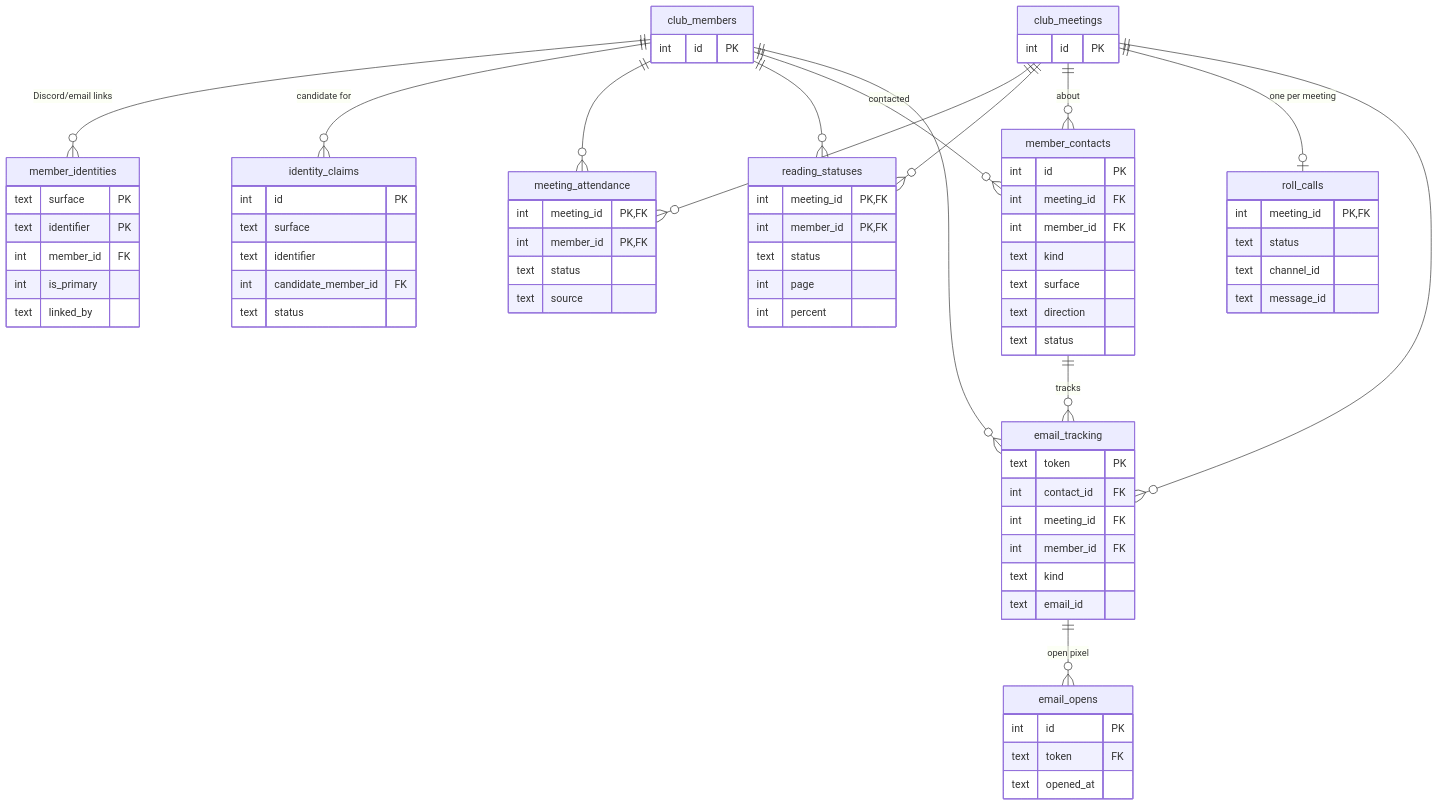
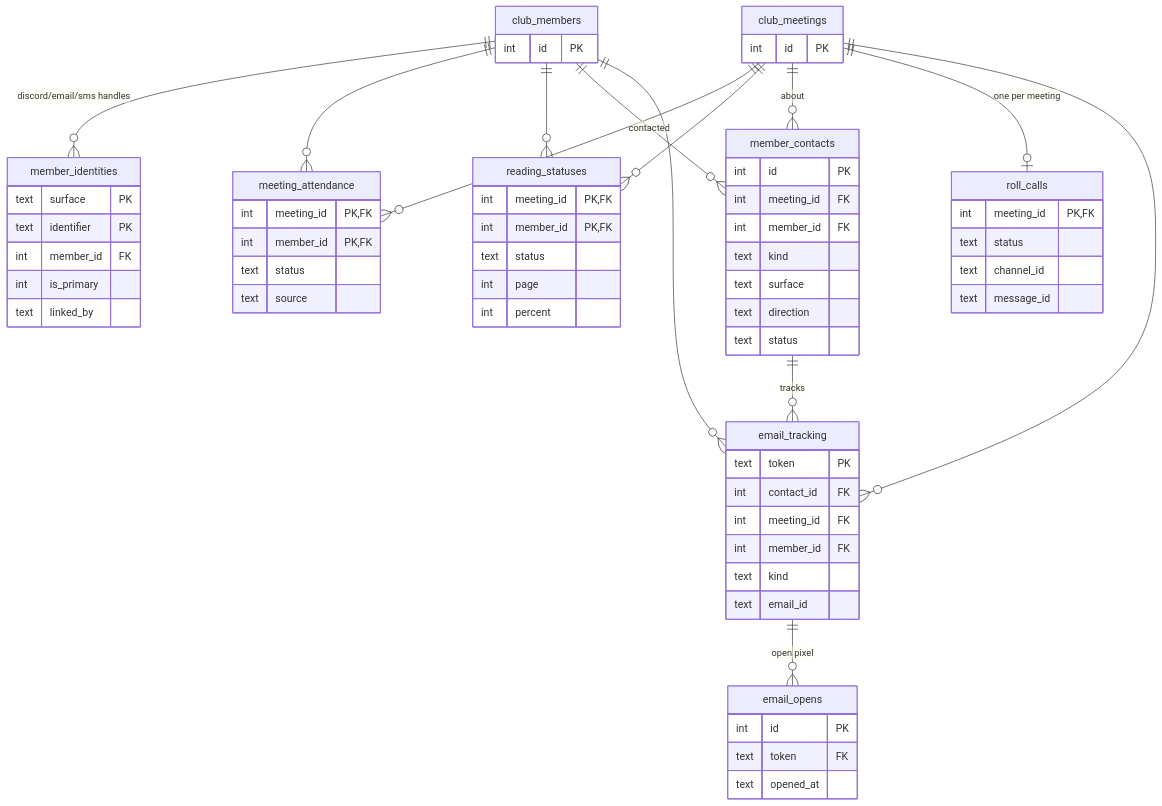
Before and after one commit to jthingelstad/rwbookclub.com: the second of 3 diagrams in docs/ERD.md, drawn with Mermaid. The commit also changed other lines of this file and 8 other files, not shown here.

````diff
--- a/docs/ERD.md
+++ b/docs/ERD.md
@@ -155,74 +160,66 @@
 ```mermaid
 erDiagram
-    club_members   ||--o{ member_identities  : "Discord/email links"
-    club_members   ||--o{ identity_claims    : "candidate for"
+    club_members   ||--o{ member_identities  : "discord/email/sms handles"
     club_members   ||--o{ meeting_attendance : ""
     club_meetings  ||--o{ meeting_attendance : ""
     club_members   ||--o{ reading_statuses   : ""
     club_meetings  ||--o{ reading_statuses   : ""
     club_members   ||--o{ member_contacts    : "contacted"
     club_meetings  ||--o{ member_contacts    : "about"
     club_meetings  ||--o| roll_calls         : "one per meeting"
     club_members   ||--o{ email_tracking     : ""
     club_meetings  ||--o{ email_tracking     : ""
     member_contacts ||--o{ email_tracking    : "tracks"
     email_tracking ||--o{ email_opens        : "open pixel"
 
     club_members  { int id PK }
     club_meetings { int id PK }
     member_identities {
         text surface PK
         text identifier PK
         int member_id FK
         int is_primary
         text linked_by
-    }
-    identity_claims {
-        int id PK
-        text surface
-        text identifier
-        int candidate_member_id FK
-        text status
     }
     meeting_attendance {
         int meeting_id PK,FK
         int member_id PK,FK
         text status
         text source
     }
     reading_statuses {
         int meeting_id PK,FK
         int member_id PK,FK
         text status
         int page
         int percent
     }
     member_contacts {
         int id PK
         int meeting_id FK
         int member_id FK
         text kind
         text surface
         text direction
         text status
     }
     roll_calls {
         int meeting_id PK,FK
         text status
         text channel_id
         text message_id
     }
     email_tracking {
         text token PK
         int contact_id FK
         int meeting_id FK
         int member_id FK
         text kind
         text email_id
     }
     email_opens {
         int id PK
         text token FK
         text opened_at
     }
 ```
````
